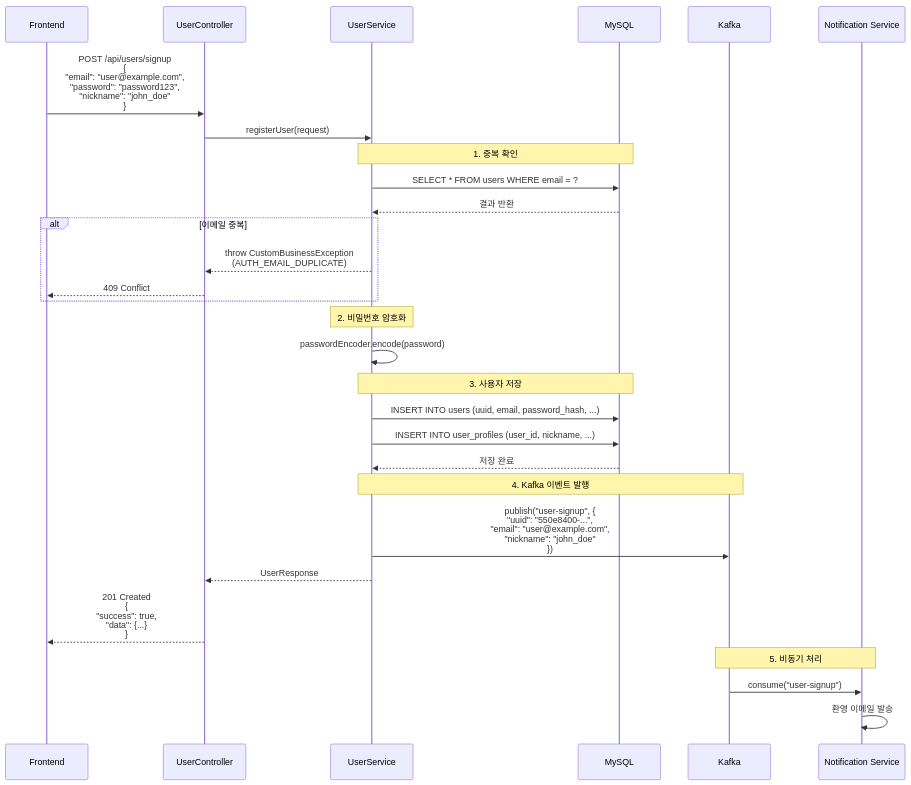
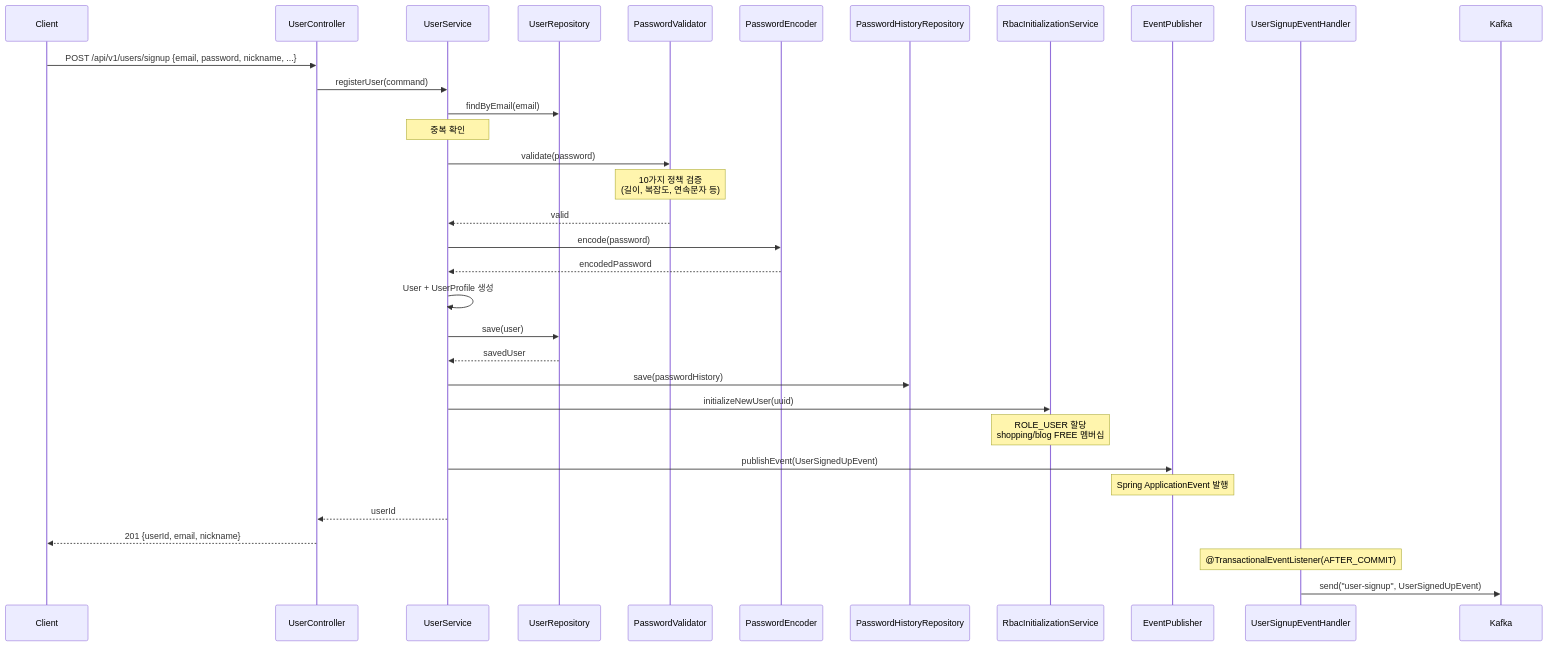
The fourth of 7 diagrams in docs/architecture/auth-service/data-flow.md (L-a-z-e/portal-universe), drawn with Mermaid before and after one commit. The commit also changed other lines of this file and 3 other files, not shown here.

First line of the commit message:
docs(architecture): rewrite auth-service docs to match actual codebase

````diff
--- a/docs/architecture/auth-service/data-flow.md
+++ b/docs/architecture/auth-service/data-flow.md
@@ -90,39 +188,36 @@
 ```mermaid
 sequenceDiagram
-    participant F as Frontend
-    participant C as UserController
-    participant S as UserService
-    participant DB as MySQL
+    participant C as Client
+    participant UC as UserController
+    participant US as UserService
+    participant UR as UserRepository
+    participant PV as PasswordValidator
+    participant PE as PasswordEncoder
+    participant PHR as PasswordHistoryRepository
+    participant RBAC as RbacInitializationService
+    participant EP as EventPublisher
+    participant SEH as UserSignupEventHandler
     participant K as Kafka
-    participant N as Notification Service
 
-    F->>C: POST /api/users/signup<br/>{<br/>  "email": "user@example.com",<br/>  "password": "password123",<br/>  "nickname": "john_doe"<br/>}
-
-    C->>S: registerUser(request)
-
-    Note over S,DB: 1. 중복 확인
-    S->>DB: SELECT * FROM users WHERE email = ?
-    DB-->>S: 결과 반환
-    alt 이메일 중복
-        S-->>C: throw CustomBusinessException<br/>(AUTH_EMAIL_DUPLICATE)
-        C-->>F: 409 Conflict
-    end
-
-    Note over S: 2. 비밀번호 암호화
-    S->>S: passwordEncoder.encode(password)
-
-    Note over S,DB: 3. 사용자 저장
-    S->>DB: INSERT INTO users (uuid, email, password_hash, ...)
-    S->>DB: INSERT INTO user_profiles (user_id, nickname, ...)
-    DB-->>S: 저장 완료
-
-    Note over S,K: 4. Kafka 이벤트 발행
-    S->>K: publish("user-signup", {<br/>  "uuid": "550e8400-...",<br/>  "email": "user@example.com",<br/>  "nickname": "john_doe"<br/>})
-
-    S-->>C: UserResponse
-    C-->>F: 201 Created<br/>{<br/>  "success": true,<br/>  "data": {...}<br/>}
-
-    Note over K,N: 5. 비동기 처리
-    K->>N: consume("user-signup")
-    N->>N: 환영 이메일 발송
+    C->>UC: POST /api/v1/users/signup {email, password, nickname, ...}
+    UC->>US: registerUser(command)
+    US->>UR: findByEmail(email)
+    Note over US: 중복 확인
+    US->>PV: validate(password)
+    Note over PV: 10가지 정책 검증<br/>(길이, 복잡도, 연속문자 등)
+    PV-->>US: valid
+    US->>PE: encode(password)
+    PE-->>US: encodedPassword
+    US->>US: User + UserProfile 생성
+    US->>UR: save(user)
+    UR-->>US: savedUser
+    US->>PHR: save(passwordHistory)
+    US->>RBAC: initializeNewUser(uuid)
+    Note over RBAC: ROLE_USER 할당<br/>shopping/blog FREE 멤버십
+    US->>EP: publishEvent(UserSignedUpEvent)
+    Note over EP: Spring ApplicationEvent 발행
+    US-->>UC: userId
+    UC-->>C: 201 {userId, email, nickname}
+    Note over SEH: @TransactionalEventListener(AFTER_COMMIT)
+    SEH->>K: send("user-signup", UserSignedUpEvent)
 ```
````
